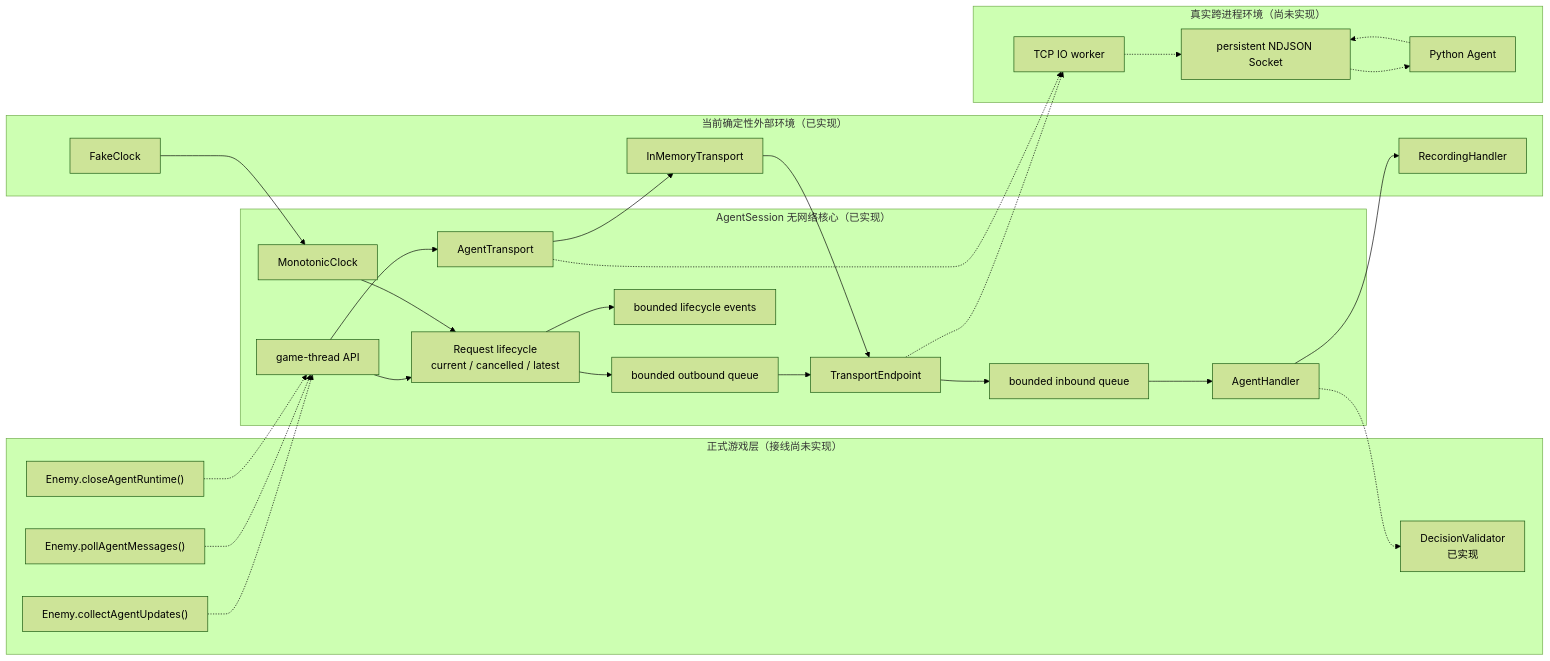
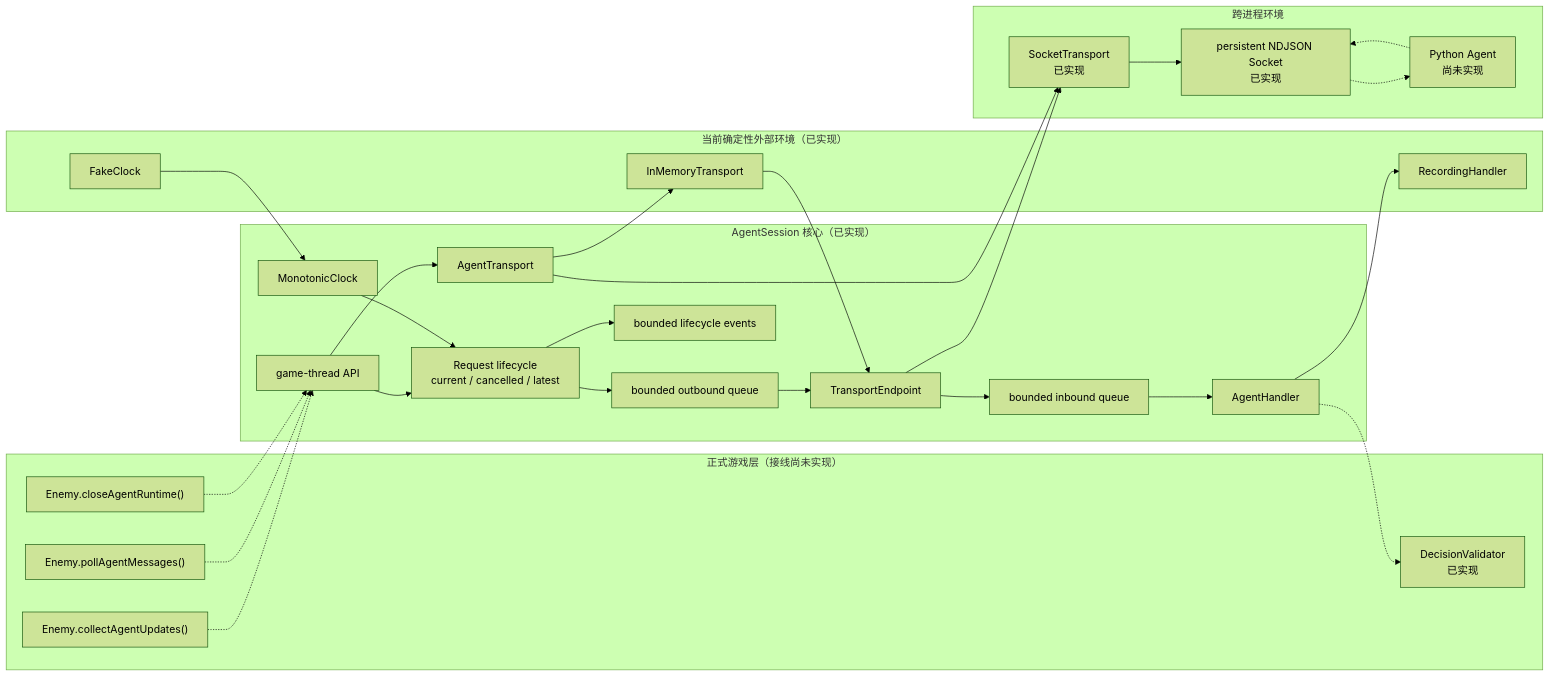
Before and after one commit to ericdonno/cs61b-std: the second of 12 diagrams in proj2/session.md, drawn with Mermaid (forest theme). The commit also changed other lines of this file and 5 other files, not shown here.

Commit message:
Implement SocketTransport TCP worker and document transport integration

````diff
--- a/proj2/session.md
+++ b/proj2/session.md
@@ -104,58 +103,58 @@
 ```mermaid
 flowchart LR
     subgraph GAME["正式游戏层（接线尚未实现）"]
         POLL["Enemy.pollAgentMessages()"]
         COLLECT["Enemy.collectAgentUpdates()"]
         CLOSE["Enemy.closeAgentRuntime()"]
         VALIDATOR["DecisionValidator<br/>已实现"]
     end
 
-    subgraph CORE["AgentSession 无网络核心（已实现）"]
+    subgraph CORE["AgentSession 核心（已实现）"]
         API["game-thread API"]
         REQUEST["Request lifecycle<br/>current / cancelled / latest"]
         OUT["bounded outbound queue"]
         IN["bounded inbound queue"]
         EVENTS["bounded lifecycle events"]
         CLOCK["MonotonicClock"]
         ENDPOINT["TransportEndpoint"]
         CONTROL["AgentTransport"]
         HANDLER["AgentHandler"]
 
         API --> REQUEST
         CLOCK --> REQUEST
         REQUEST --> OUT
         ENDPOINT --> IN
         IN --> HANDLER
         REQUEST --> EVENTS
         OUT --> ENDPOINT
         API --> CONTROL
     end
 
     subgraph TEST["当前确定性外部环境（已实现）"]
         FAKECLOCK["FakeClock"]
         FAKETRANSPORT["InMemoryTransport"]
         RECORD["RecordingHandler"]
     end
 
-    subgraph NETWORK["真实跨进程环境（尚未实现）"]
-        WORKER["TCP IO worker"]
-        SOCKET["persistent NDJSON Socket"]
-        PYTHON["Python Agent"]
+    subgraph NETWORK["跨进程环境"]
+        WORKER["SocketTransport<br/>已实现"]
+        SOCKET["persistent NDJSON Socket<br/>已实现"]
+        PYTHON["Python Agent<br/>尚未实现"]
     end
 
     COLLECT -.-> API
     POLL -.-> API
     CLOSE -.-> API
     HANDLER -.-> VALIDATOR
 
     FAKECLOCK --> CLOCK
     FAKETRANSPORT --> ENDPOINT
     CONTROL --> FAKETRANSPORT
     HANDLER --> RECORD
 
-    ENDPOINT -.-> WORKER
-    CONTROL -.-> WORKER
-    WORKER -.-> SOCKET
+    ENDPOINT --> WORKER
+    CONTROL --> WORKER
+    WORKER --> SOCKET
     SOCKET -.-> PYTHON
     PYTHON -.-> SOCKET
 ```
````
